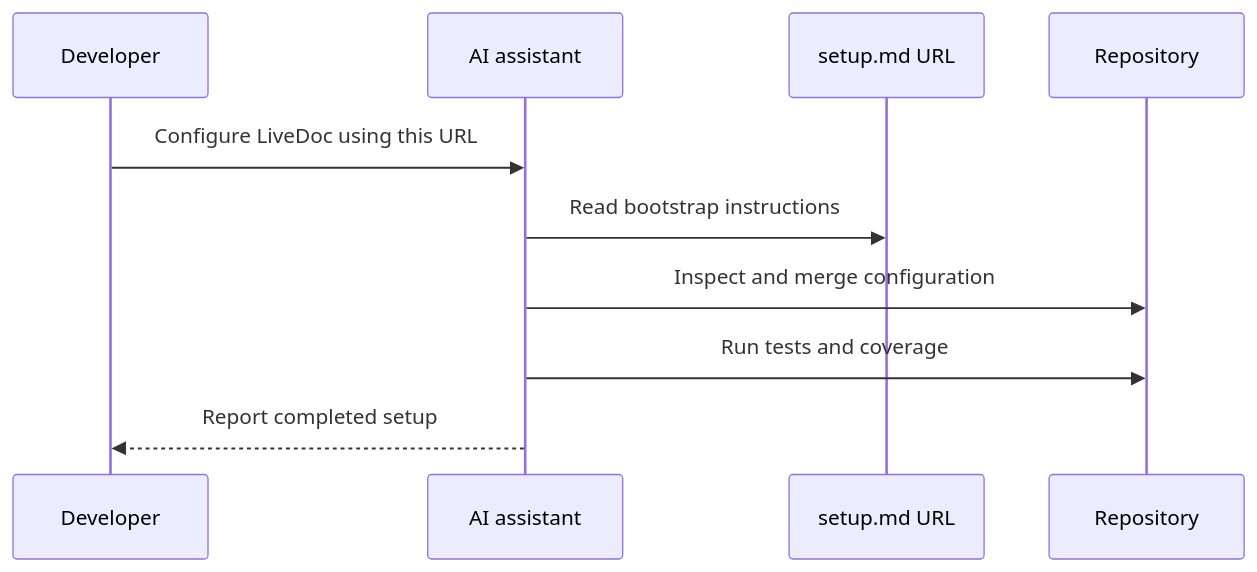
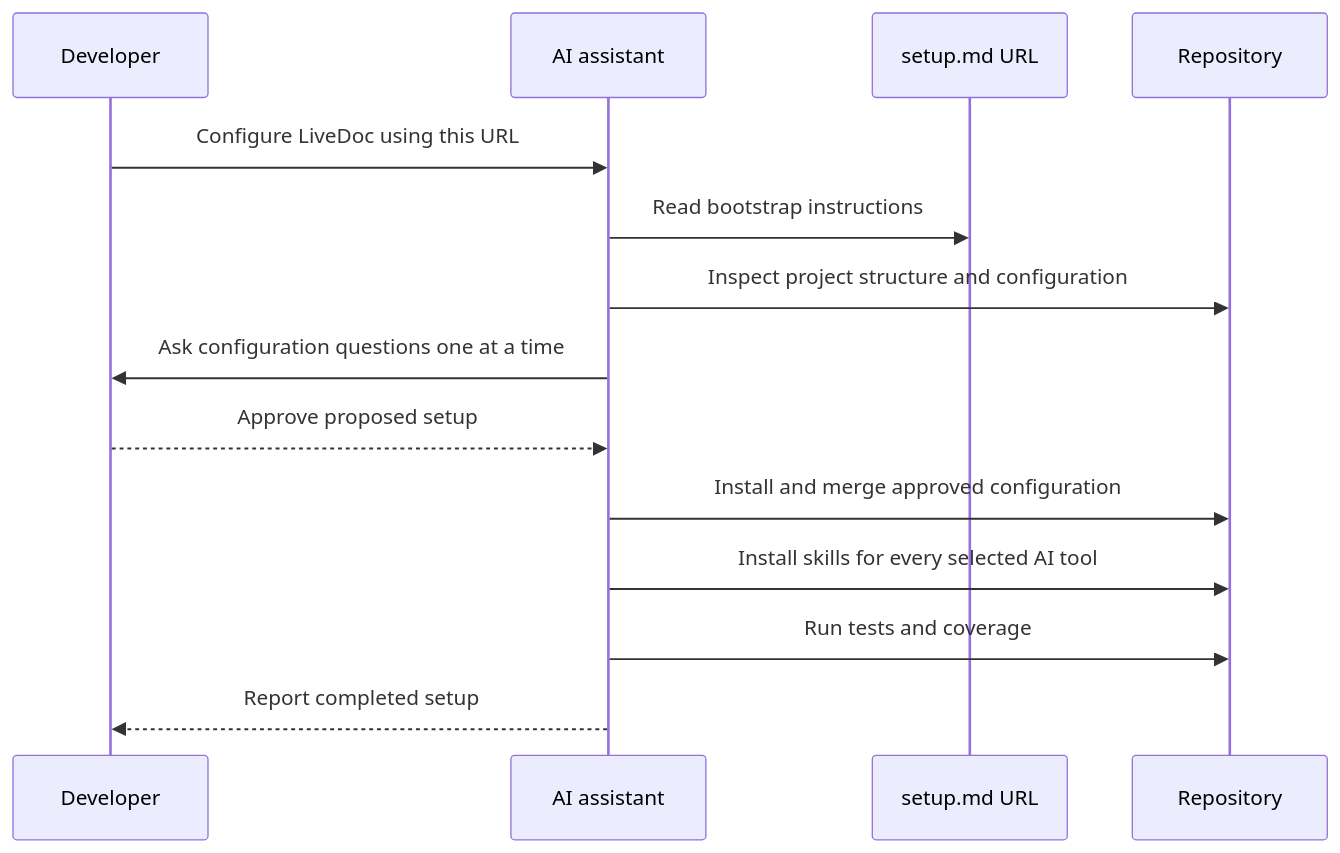
One commit to dotnetprofessional/LiveDoc changed the second of 2 diagrams in docs/docs/guides/ai-project-setup.mdx. Above: the diagram before and after it, drawn with Mermaid. The commit also changed other lines of this file and 137 other files, not shown here.

````diff
--- a/docs/docs/guides/ai-project-setup.mdx
+++ b/docs/docs/guides/ai-project-setup.mdx
@@ -61,12 +71,16 @@
 ```mermaid
 sequenceDiagram
     participant D as Developer
     participant A as AI assistant
     participant U as setup.md URL
     participant R as Repository
     D->>A: Configure LiveDoc using this URL
     A->>U: Read bootstrap instructions
-    A->>R: Inspect and merge configuration
+    A->>R: Inspect project structure and configuration
+    A->>D: Ask configuration questions one at a time
+    D-->>A: Approve proposed setup
+    A->>R: Install and merge approved configuration
+    A->>R: Install skills for every selected AI tool
     A->>R: Run tests and coverage
     A-->>D: Report completed setup
 ```
````
